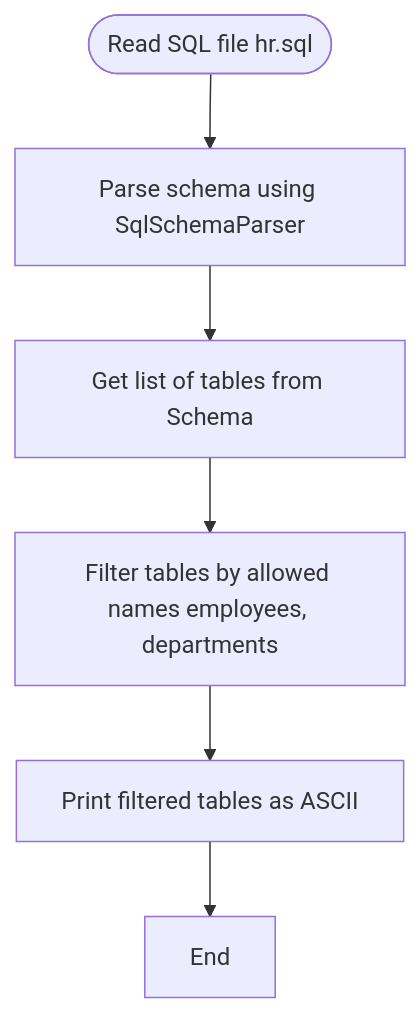
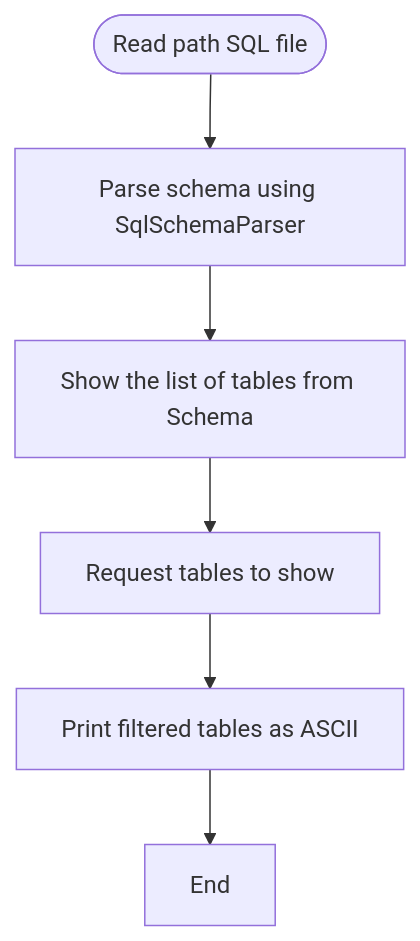
The diagram in docs/workflow.mmd (Andressc19/JSqlParser-poc), drawn with Mermaid before and after one commit. The commit also changed 1 other file, not shown here.

Commit message:
feat: update workflow diagrams to reflect changes in SQL file handling and table selection process

```diff
--- a/docs/workflow.mmd
+++ b/docs/workflow.mmd
@@ -1,7 +1,7 @@
 flowchart TD
-    A([Read SQL file hr.sql])
+    A([Read path SQL file])
     A --> B[Parse schema using SqlSchemaParser]
-    B --> C[Get list of tables from Schema]
-    C --> D[Filter tables by allowed names employees, departments]
+    B --> C[Show the list of tables from Schema]
+    C --> D[Request tables to show]
     D --> E[Print filtered tables as ASCII]
     E --> F[End]
```
